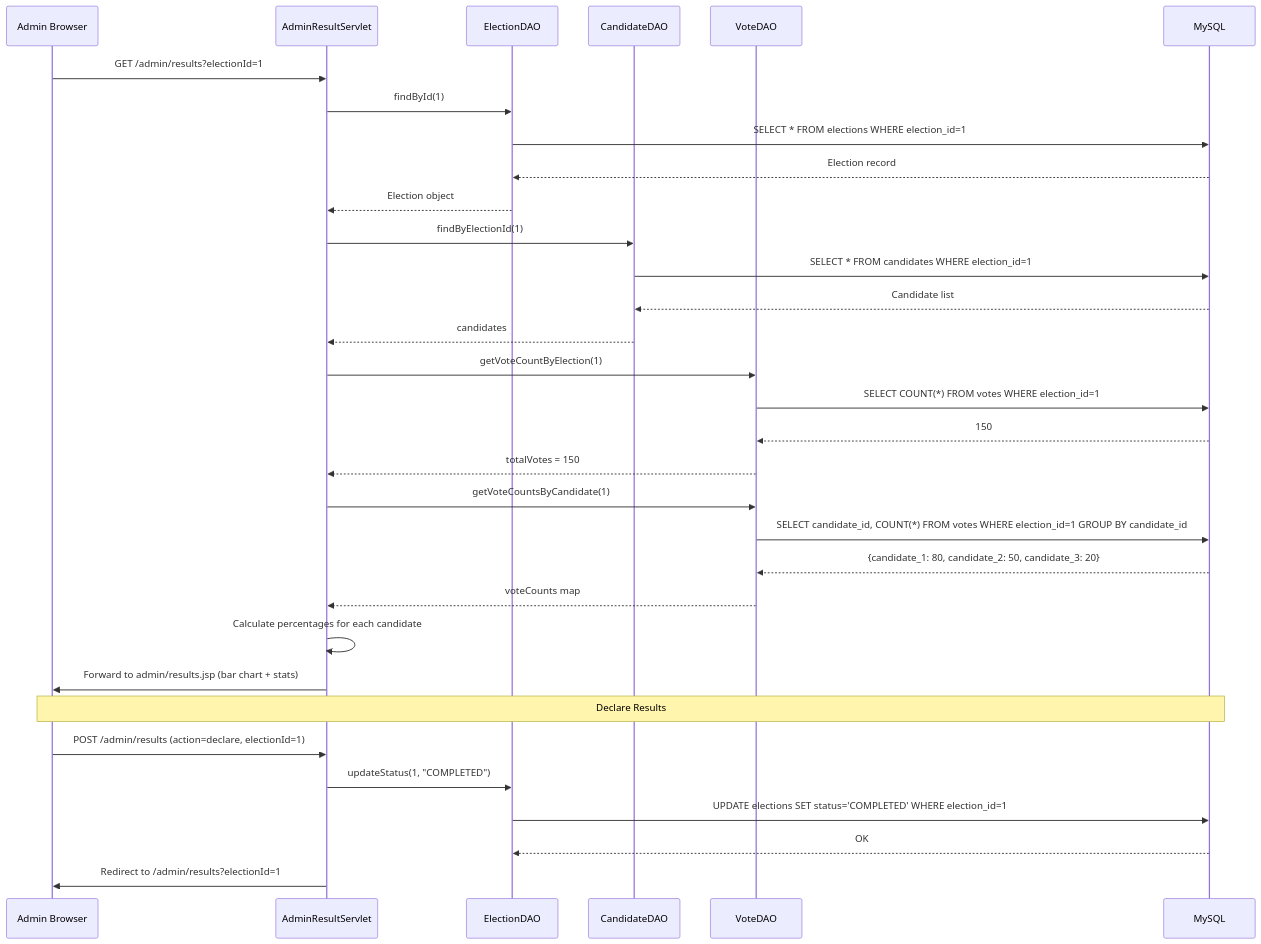
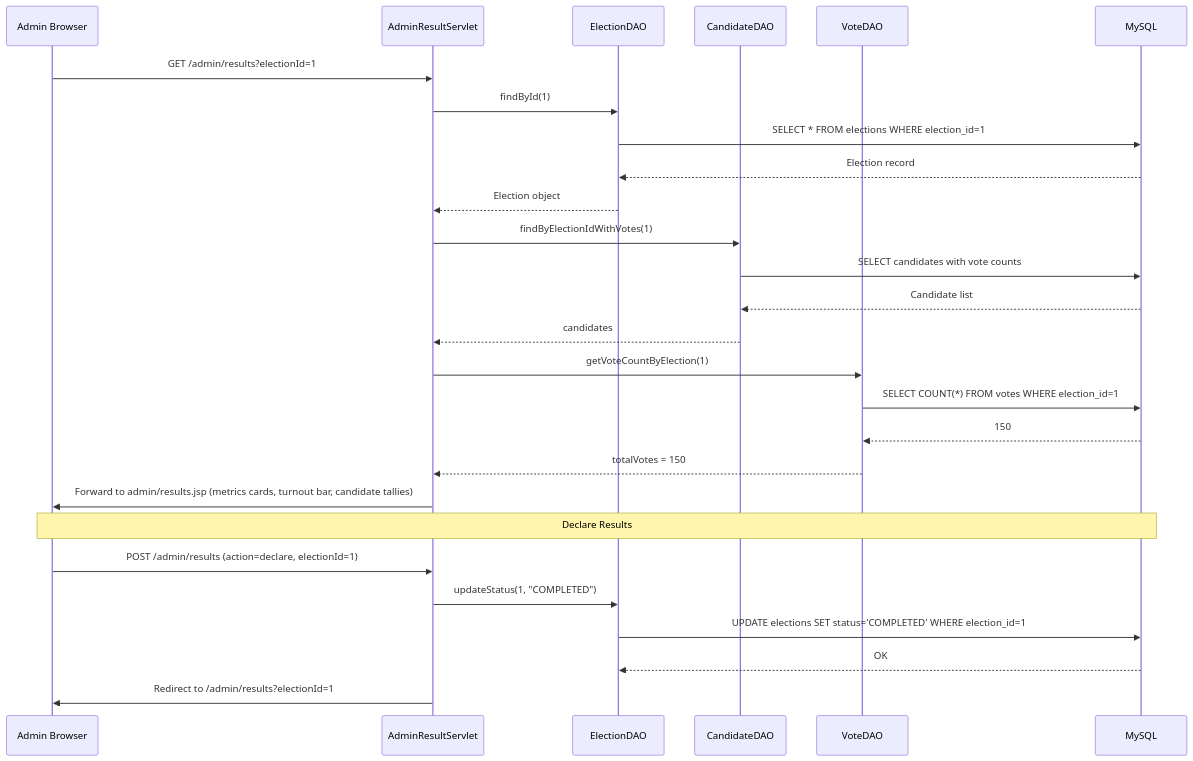
Diagram 14 of 21 in TECHNICAL_DOCUMENTATION.md (kartikeysingh72/E-Voting), drawn with Mermaid before and after one commit. The commit also changed other lines of this file and 2 other files, not shown here.

````diff
--- a/TECHNICAL_DOCUMENTATION.md
+++ b/TECHNICAL_DOCUMENTATION.md
@@ -772,42 +854,36 @@
 ```mermaid
 sequenceDiagram
     participant A as Admin Browser
     participant ARS as AdminResultServlet
     participant EDAO as ElectionDAO
     participant CDAO as CandidateDAO
     participant VDAO as VoteDAO
     participant DB as MySQL
 
     A->>ARS: GET /admin/results?electionId=1
 
     ARS->>EDAO: findById(1)
     EDAO->>DB: SELECT * FROM elections WHERE election_id=1
     DB-->>EDAO: Election record
     EDAO-->>ARS: Election object
 
-    ARS->>CDAO: findByElectionId(1)
-    CDAO->>DB: SELECT * FROM candidates WHERE election_id=1
+    ARS->>CDAO: findByElectionIdWithVotes(1)
+    CDAO->>DB: SELECT candidates with vote counts
     DB-->>CDAO: Candidate list
     CDAO-->>ARS: candidates
 
     ARS->>VDAO: getVoteCountByElection(1)
     VDAO->>DB: SELECT COUNT(*) FROM votes WHERE election_id=1
     DB-->>VDAO: 150
     VDAO-->>ARS: totalVotes = 150
 
-    ARS->>VDAO: getVoteCountsByCandidate(1)
-    VDAO->>DB: SELECT candidate_id, COUNT(*) FROM votes WHERE election_id=1 GROUP BY candidate_id
-    DB-->>VDAO: {candidate_1: 80, candidate_2: 50, candidate_3: 20}
-    VDAO-->>ARS: voteCounts map
-
-    ARS->>ARS: Calculate percentages for each candidate
-    ARS->>A: Forward to admin/results.jsp (bar chart + stats)
+    ARS->>A: Forward to admin/results.jsp (metrics cards, turnout bar, candidate tallies)
 
     Note over A,DB: Declare Results
 
     A->>ARS: POST /admin/results (action=declare, electionId=1)
     ARS->>EDAO: updateStatus(1, "COMPLETED")
     EDAO->>DB: UPDATE elections SET status='COMPLETED' WHERE election_id=1
     DB-->>EDAO: OK
     ARS->>A: Redirect to /admin/results?electionId=1
 ```
````
